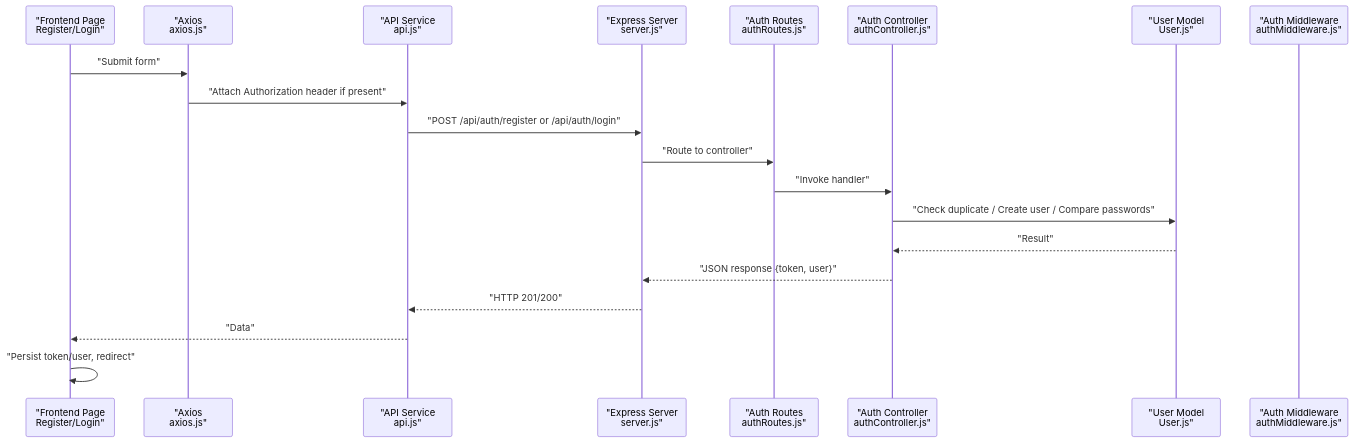
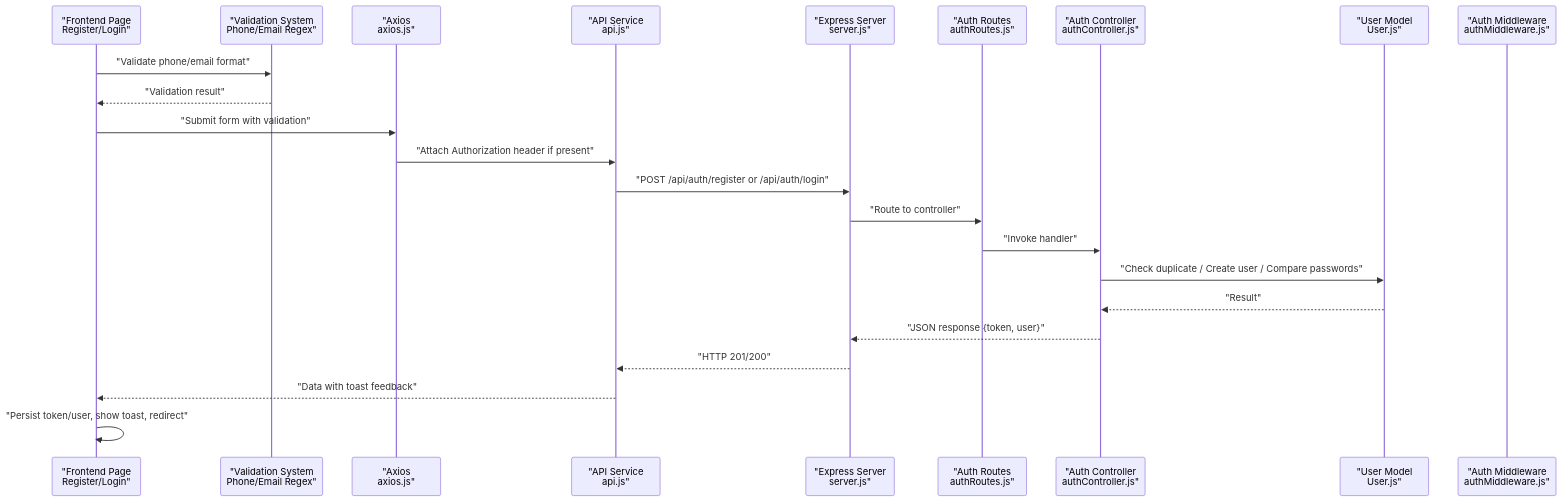
One commit to Pavan-PSPK9032/TrendsandToss changed the second of 10 diagrams in .qoder/repowiki/en/content/Authentication & Authorization/Login & Registration Process.md. Above: the diagram before and after it, drawn with Mermaid. The commit also changed other lines of this file and 16 other files, not shown here.

````diff
--- a/.qoder/repowiki/en/content/Authentication & Authorization/Login & Registration Process.md
+++ b/.qoder/repowiki/en/content/Authentication & Authorization/Login & Registration Process.md
@@ -114,22 +135,25 @@
 ```mermaid
 sequenceDiagram
 participant FE as "Frontend Page<br/>Register/Login"
+participant VAL as "Validation System<br/>Phone/Email Regex"
 participant AX as "Axios<br/>axios.js"
 participant API as "API Service<br/>api.js"
 participant SRV as "Express Server<br/>server.js"
 participant RT as "Auth Routes<br/>authRoutes.js"
 participant CTRL as "Auth Controller<br/>authController.js"
 participant MDL as "User Model<br/>User.js"
 participant MW as "Auth Middleware<br/>authMiddleware.js"
-FE->>AX : "Submit form"
+FE->>VAL : "Validate phone/email format"
+VAL-->>FE : "Validation result"
+FE->>AX : "Submit form with validation"
 AX->>API : "Attach Authorization header if present"
 API->>SRV : "POST /api/auth/register or /api/auth/login"
 SRV->>RT : "Route to controller"
 RT->>CTRL : "Invoke handler"
 CTRL->>MDL : "Check duplicate / Create user / Compare passwords"
 MDL-->>CTRL : "Result"
 CTRL-->>SRV : "JSON response {token, user}"
 SRV-->>API : "HTTP 201/200"
-API-->>FE : "Data"
-FE->>FE : "Persist token/user, redirect"
+API-->>FE : "Data with toast feedback"
+FE->>FE : "Persist token/user, show toast, redirect"
 ```
````
